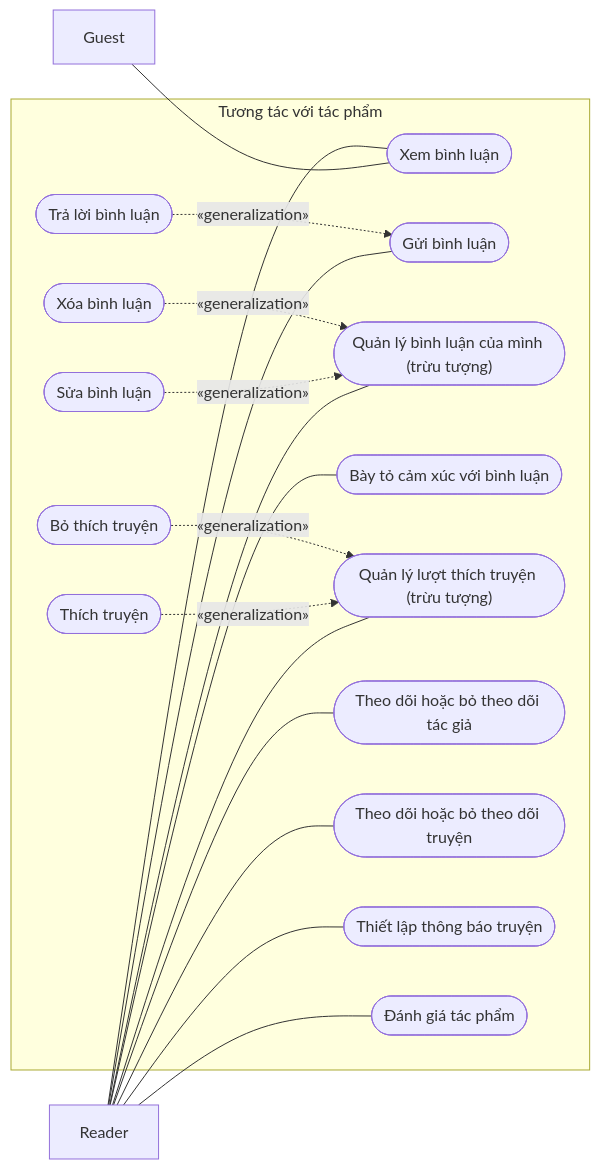
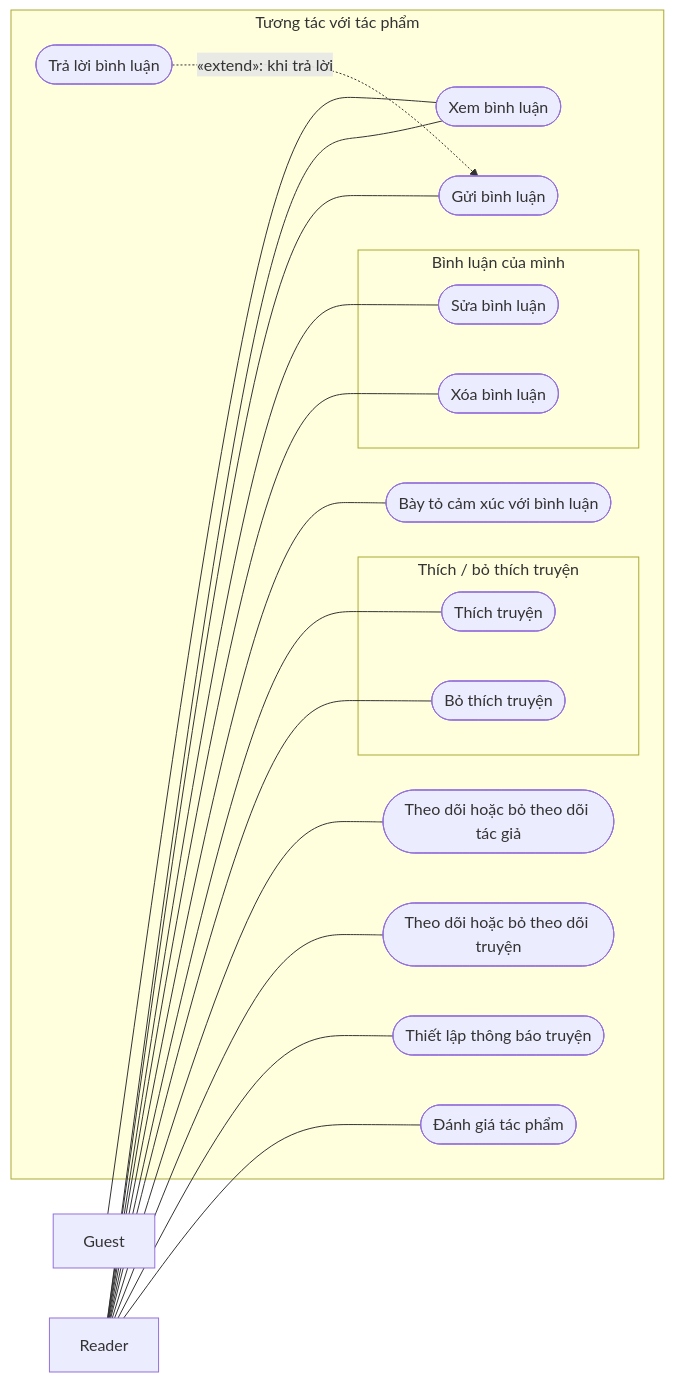
The second of 3 diagrams in docs/chuong-3-so-do/01a-usecase-doc-gia.md (Ephurin/Novel_sharing_platform), drawn with Mermaid before and after one commit. The commit also changed other lines of this file, not shown here.

Commit message:
docs: show include/extend relationships only in use cases

````diff
--- a/docs/chuong-3-so-do/01a-usecase-doc-gia.md
+++ b/docs/chuong-3-so-do/01a-usecase-doc-gia.md
@@ -55,36 +57,36 @@
 ```mermaid
 flowchart LR
     G["Guest"]
     R["Reader"]
     subgraph SYS["Tương tác với tác phẩm"]
         U1(["Xem bình luận"])
         U2(["Gửi bình luận"])
         U3(["Trả lời bình luận"])
-        U4(["Quản lý bình luận của mình (trừu tượng)"])
-        U5(["Sửa bình luận"])
-        U6(["Xóa bình luận"])
         U7(["Bày tỏ cảm xúc với bình luận"])
-        U8(["Quản lý lượt thích truyện (trừu tượng)"])
-        U9(["Thích truyện"])
-        U10(["Bỏ thích truyện"])
         U11(["Theo dõi hoặc bỏ theo dõi tác giả"])
         U12(["Theo dõi hoặc bỏ theo dõi truyện"])
         U13(["Thiết lập thông báo truyện"])
         U14(["Đánh giá tác phẩm"])
+        subgraph G4_1["Bình luận của mình"]
+            U5(["Sửa bình luận"])
+            U6(["Xóa bình luận"])
+        end
+        subgraph G4_2["Thích / bỏ thích truyện"]
+            U9(["Thích truyện"])
+            U10(["Bỏ thích truyện"])
+        end
     end
     G --- U1
     R --- U1
     R --- U2
-    R --- U4
+    R --- U5
+    R --- U6
     R --- U7
-    R --- U8
+    R --- U9
+    R --- U10
     R --- U11
     R --- U12
     R --- U13
     R --- U14
-    U3 -.->|"«generalization»"| U2
-    U5 -.->|"«generalization»"| U4
-    U6 -.->|"«generalization»"| U4
-    U9 -.->|"«generalization»"| U8
-    U10 -.->|"«generalization»"| U8
+    U3 -.->|"«extend»: khi trả lời"| U2
 ```
````
